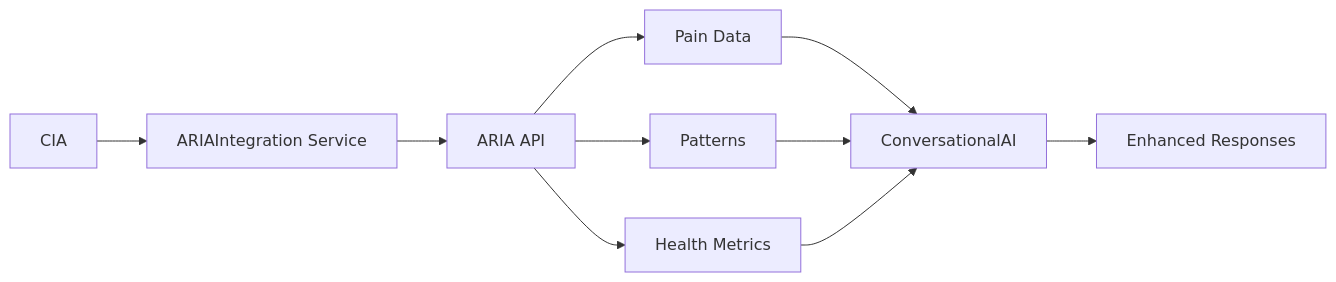
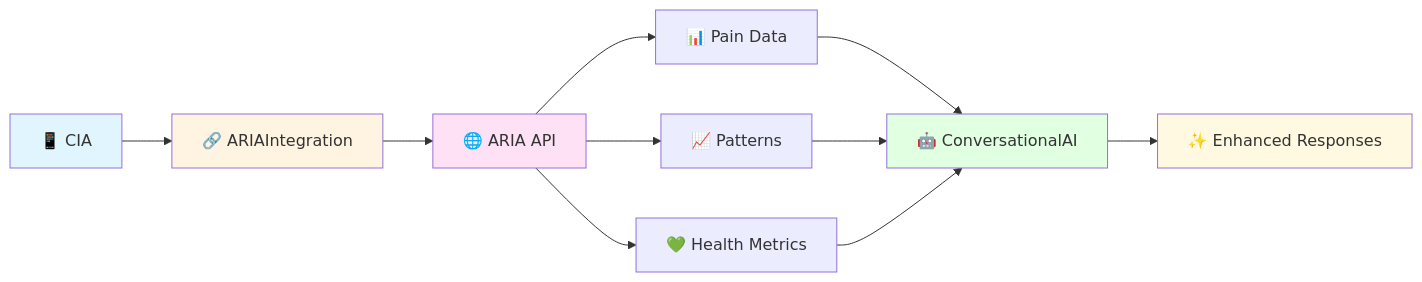
One commit to arkalia-luna-system/arkalia-cia changed the seventh of 9 diagrams in docs/ARCHITECTURE.md. Above: the diagram before and after it, drawn with Mermaid. The commit also changed other lines of this file and 5 other files, not shown here.

````diff
--- a/docs/ARCHITECTURE.md
+++ b/docs/ARCHITECTURE.md
@@ -327,12 +333,18 @@
 ```mermaid
 graph LR
-    A[CIA] --> B[ARIAIntegration Service]
-    B --> C[ARIA API]
-    C --> D[Pain Data]
-    C --> E[Patterns]
-    C --> F[Health Metrics]
-    D --> G[ConversationalAI]
+    A[📱 CIA] --> B[🔗 ARIAIntegration]
+    B --> C[🌐 ARIA API]
+    C --> D[📊 Pain Data]
+    C --> E[📈 Patterns]
+    C --> F[💚 Health Metrics]
+    D --> G[🤖 ConversationalAI]
     E --> G
     F --> G
-    G --> H[Enhanced Responses]
+    G --> H[✨ Enhanced Responses]
+
+    style A fill:#e1f5ff
+    style B fill:#fff4e1
+    style C fill:#ffe1f5
+    style G fill:#e1ffe1
+    style H fill:#fff9e1
 ```
````
